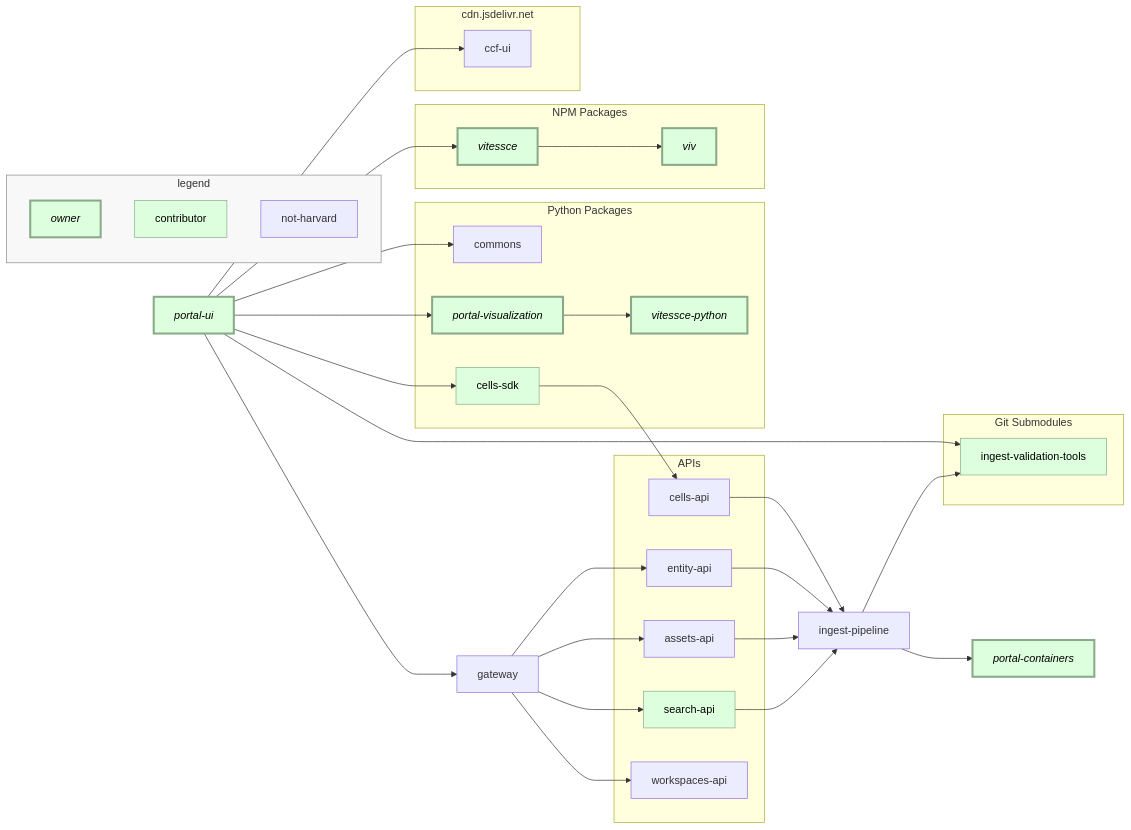
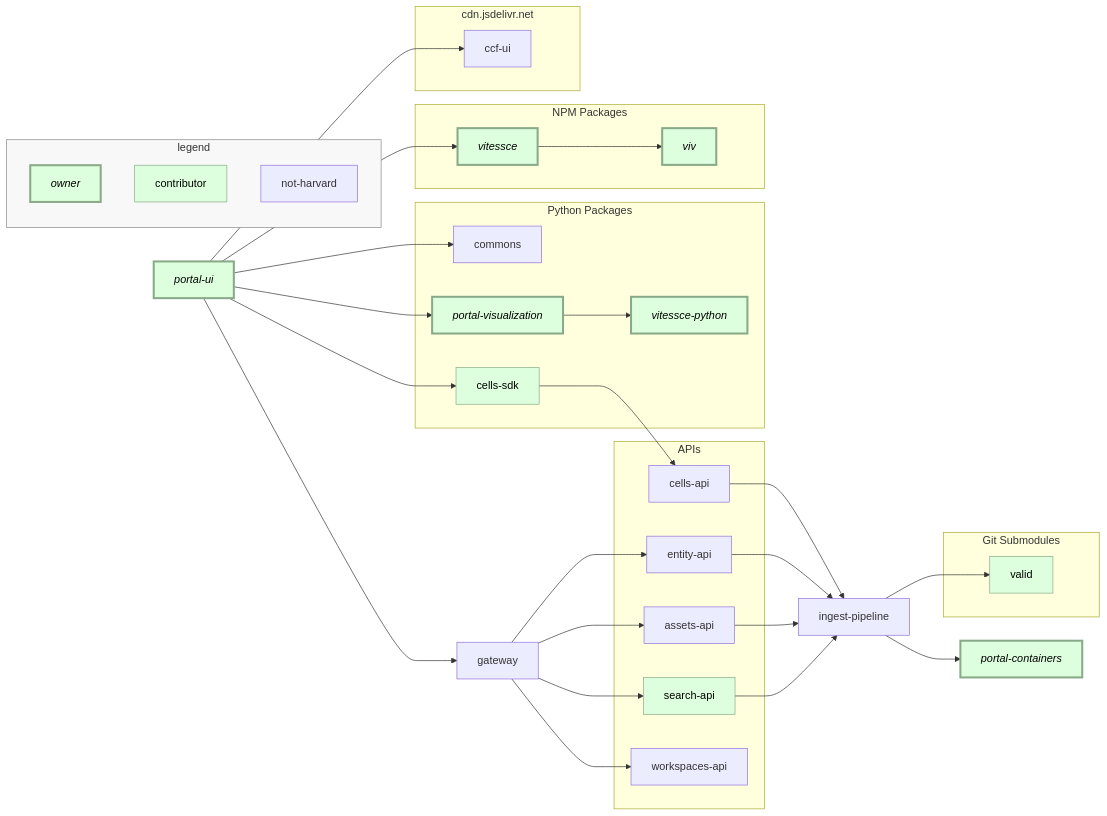
One commit to hubmapconsortium/portal-ui changed the diagram in README.md. Above: the diagram before and after it, drawn with Mermaid. The commit also changed other lines of this file and 6 other files, not shown here.

Commit message:
Remove ingest validation tools submodule

````diff
--- a/README.md
+++ b/README.md
@@ -11,78 +11,76 @@
 ```mermaid
 graph LR
     gateway
     click gateway href "https://github.com/hubmapconsortium/gateway"
 
     top[portal-ui] --> commons
     click top href "https://github.com/hubmapconsortium/portal-ui"
     click commons href "https://github.com/hubmapconsortium/commons"
     top --> ccf-ui
     click ccf-ui href "https://github.com/hubmapconsortium/ccf-ui"
     top --> vitessce --> viv
     click vitessce href "https://github.com/vitessce/vitessce"
     click viv href "https://github.com/hms-dbmi/viv"
     top --> portal-visualization --> vitessce-python
     click portal-visualization href "https://github.com/hubmapconsortium/portal-visualization"
     click vitessce-python href "https://github.com/vitessce/vitessce-python"
-    top --> valid[ingest-validation-tools]
-    click valid href "https://github.com/hubmapconsortium/ingest-validation-tools"
     top --> cells-sdk --> cells-api --> pipe
     click cells-sdk href "https://github.com/hubmapconsortium/cells-api-py-client"
     click cells-api href "https://github.com/hubmapconsortium/cross_modality_query"
     top --> gateway
     gateway --> entity-api --> pipe[ingest-pipeline]
     click entity-api href "https://github.com/hubmapconsortium/entity-api"
     click pipe href "https://github.com/hubmapconsortium/ingest-pipeline"
     gateway --> assets-api --> pipe
     %% assets-api is just a file server: There is no repo.
     gateway --> search-api --> pipe
     click search-api href "https://github.com/hubmapconsortium/search-api"
     gateway --> workspaces-api
     click workspaces-api href "https://github.com/hubmapconsortium/user_workspaces_server"
 
     pipe --> valid
     pipe --> portal-containers
     click portal-containers href "https://github.com/hubmapconsortium/portal-containers/"
 
     subgraph APIs
         entity-api
         search-api
         cells-api
         assets-api
         workspaces-api
     end
 
     subgraph Git Submodules
         valid
     end
 
     subgraph Python Packages
         commons
         portal-visualization
         vitessce-python
         cells-sdk
     end
 
     subgraph NPM Packages
         vitessce
         viv
     end
 
     subgraph cdn.jsdelivr.net
         ccf-ui
     end
 
     subgraph legend
         owner
         contributor
         not-harvard
     end
 
     classDef contrib fill:#ddffdd,stroke:#88AA88,color:#000;
     class owner,contributor,top,vitessce,viv,portal-visualization,vitessce-python,cells-sdk,portal-containers,valid,search-api contrib
 
     classDef owner stroke-width:3px,font-style:italic,color:#000;
     class owner,top,vitessce,viv,portal-visualization,vitessce-python,portal-containers owner
 
     style legend fill:#f8f8f8,stroke:#888888;
 ```
````
